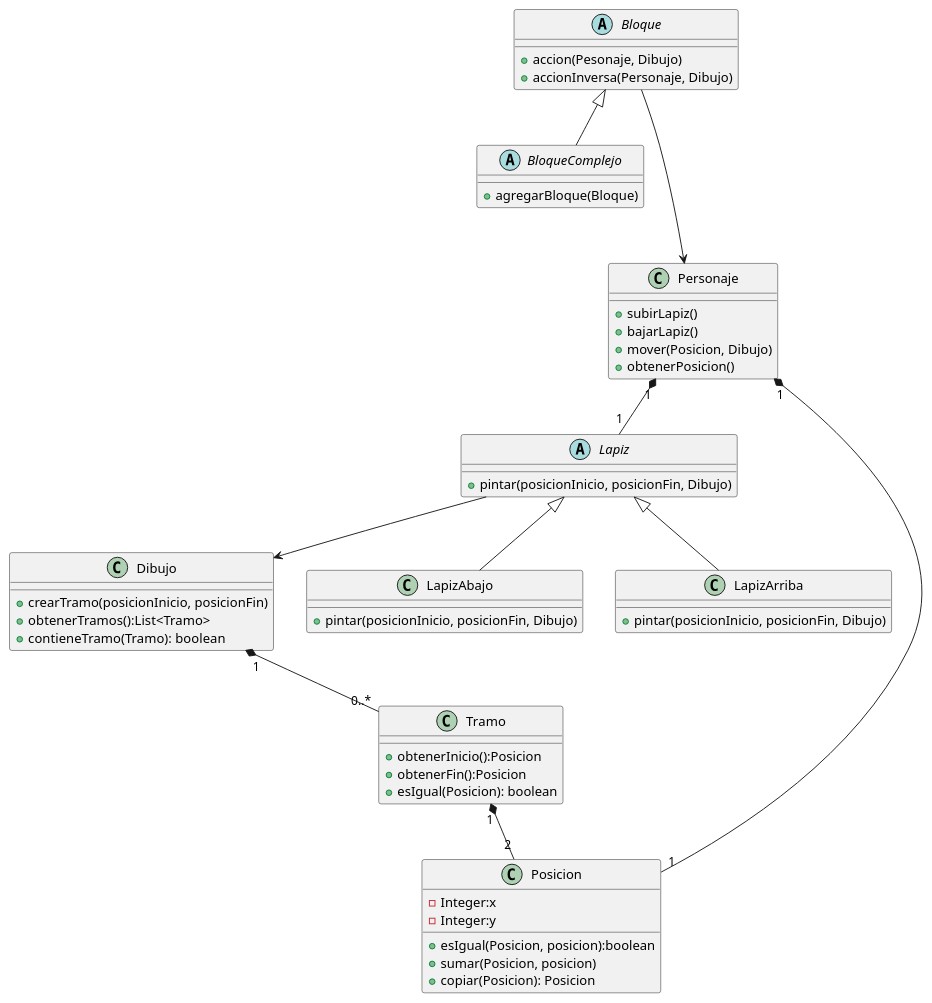
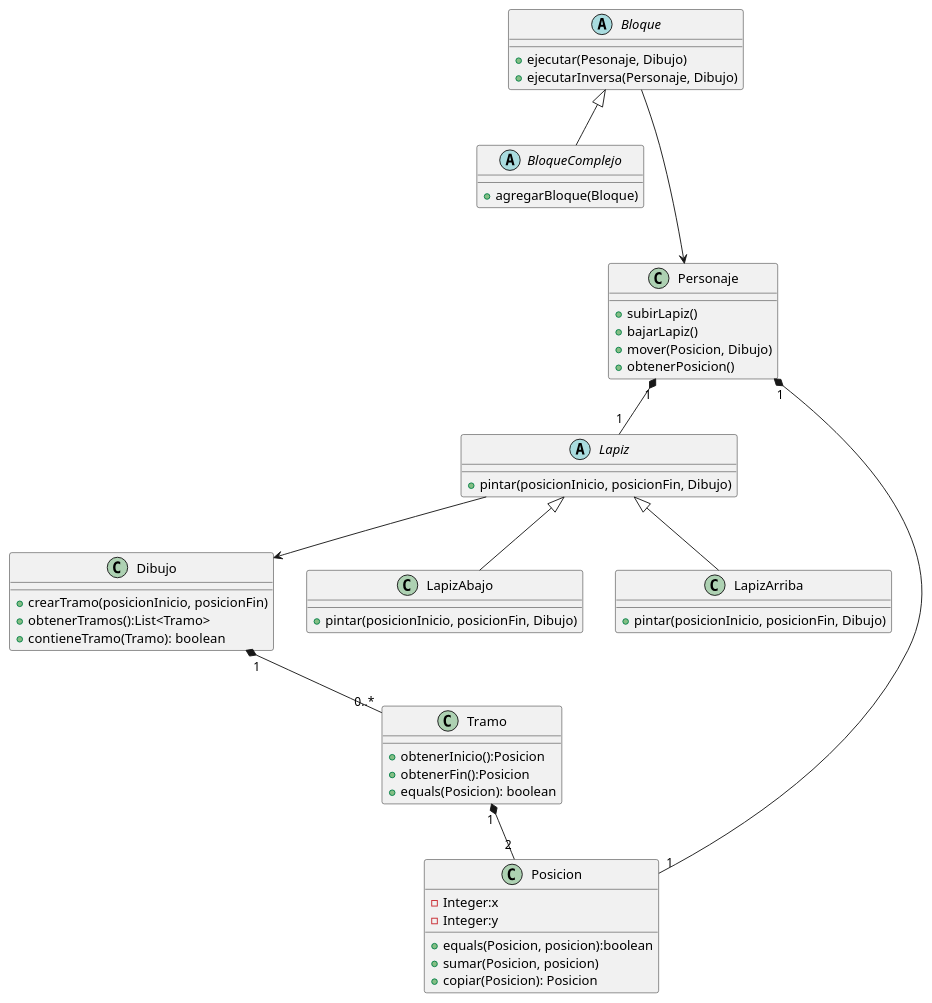
The diagram in src/main/java/edu/fiuba/algo3/diagramas/DiagramaDeClases.puml (alopezbizon/T2-ALGO3-TP2), drawn with PlantUML before and after one commit. The commit also changed 33 other files, not shown here.

Commit message:
Refactor: rename de métodos de Bloques, Posición y Tramo + actualización de diagramas UML.

```diff
--- a/src/main/java/edu/fiuba/algo3/diagramas/DiagramaDeClases.puml
+++ b/src/main/java/edu/fiuba/algo3/diagramas/DiagramaDeClases.puml
@@ -1,57 +1,57 @@
 @startuml
 Abstract Class Bloque{
-    +accion(Pesonaje, Dibujo)
-    +accionInversa(Personaje, Dibujo)
+    +ejecutar(Pesonaje, Dibujo)
+    +ejecutarInversa(Personaje, Dibujo)
 }
 Abstract Class BloqueComplejo{
     +agregarBloque(Bloque)
 }
 
 Bloque <|-- BloqueComplejo
 Bloque ---> Personaje
 
 Class Personaje{
     +subirLapiz()
     +bajarLapiz()
     +mover(Posicion, Dibujo)
     +obtenerPosicion()
 }
 Personaje "1"*--"1" Lapiz
 Personaje "1"*--"1" Posicion
 
 Class Dibujo{
     +crearTramo(posicionInicio, posicionFin)
     +obtenerTramos():List<Tramo>
     +contieneTramo(Tramo): boolean
 }
 
 Class Tramo{
     +obtenerInicio():Posicion
     +obtenerFin():Posicion
-    +esIgual(Posicion): boolean
+    +equals(Posicion): boolean
 }
 
 Tramo "1"*--"2" Posicion
 Dibujo "1"*--"0..*"Tramo
 
 Abstract Class Lapiz{
     +pintar(posicionInicio, posicionFin, Dibujo)
 }
 Class LapizAbajo{
     +pintar(posicionInicio, posicionFin, Dibujo)
 }
 Class LapizArriba{
     +pintar(posicionInicio, posicionFin, Dibujo)
 }
 Lapiz <|-- LapizAbajo
 Lapiz <|-- LapizArriba
 Lapiz --> Dibujo
 
 Class Posicion{
     -Integer:x
     -Integer:y
-    +esIgual(Posicion, posicion):boolean
+    +equals(Posicion, posicion):boolean
     +sumar(Posicion, posicion)
     +copiar(Posicion): Posicion
 }
 @enduml
```
